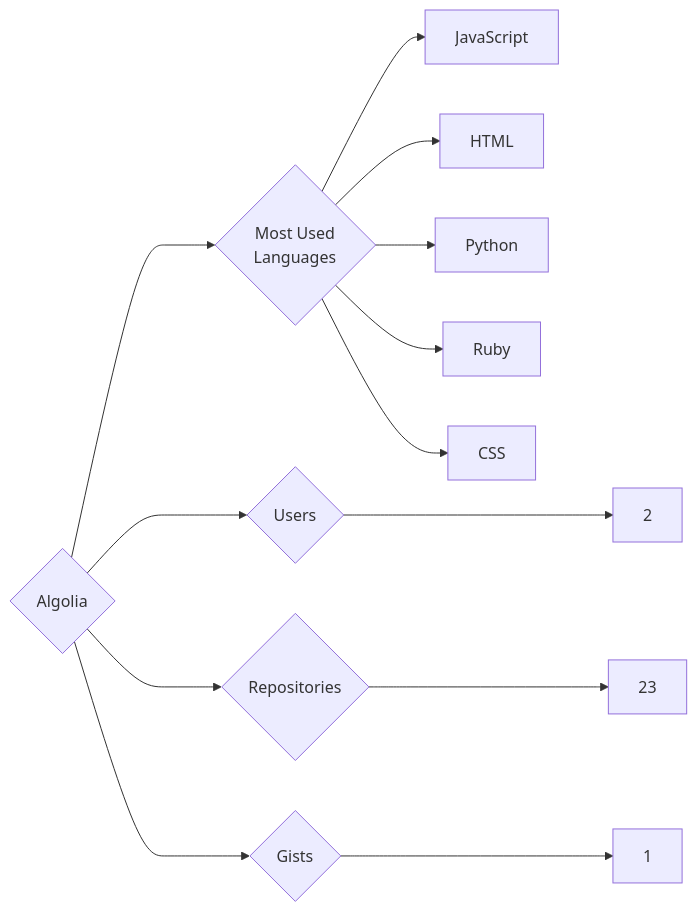
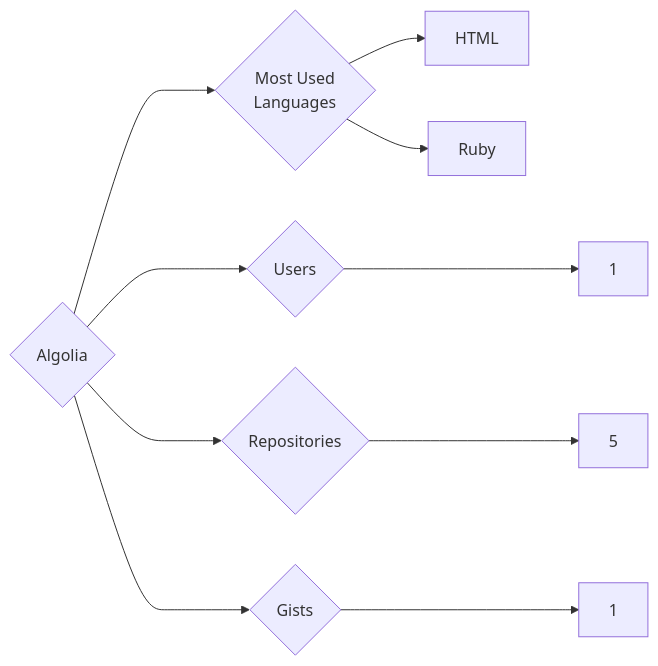
Before and after one commit to trickest/insiders: the diagram in targets/Algolia/README.md, drawn with Mermaid. The commit also changed 840 other files, not shown here.

````diff
--- a/targets/Algolia/README.md
+++ b/targets/Algolia/README.md
@@ -3,13 +3,10 @@
 ```mermaid
 graph LR
 COMPANY_NAME{Algolia}
-COMPANY_NAME ---> U{Users} ---> UN[2]
-COMPANY_NAME ---> R{Repositories} ---> RN[23]
+COMPANY_NAME ---> U{Users} ---> UN[1]
+COMPANY_NAME ---> R{Repositories} ---> RN[5]
 COMPANY_NAME ---> G{Gists} ---> GN[1]
 COMPANY_NAME ---> ML{Most Used<br>Languages}
-ML --> JavaScript[JavaScript]
 ML --> HTML[HTML]
-ML --> Python[Python]
 ML --> Ruby[Ruby]
-ML --> CSS[CSS]
 ```
````
